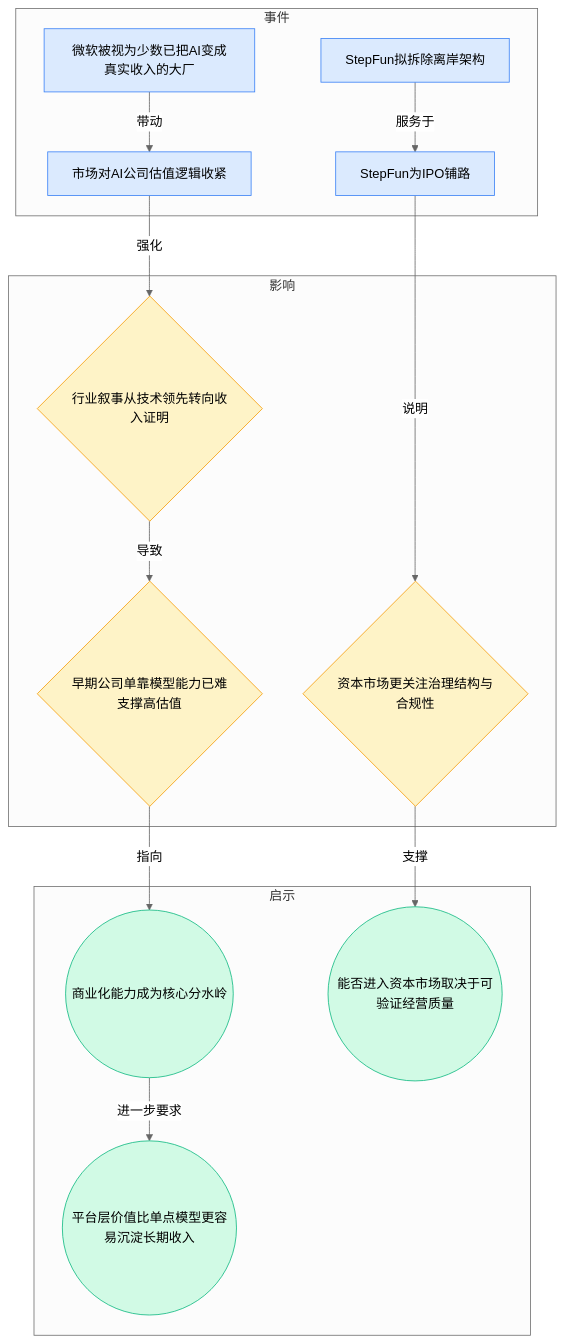
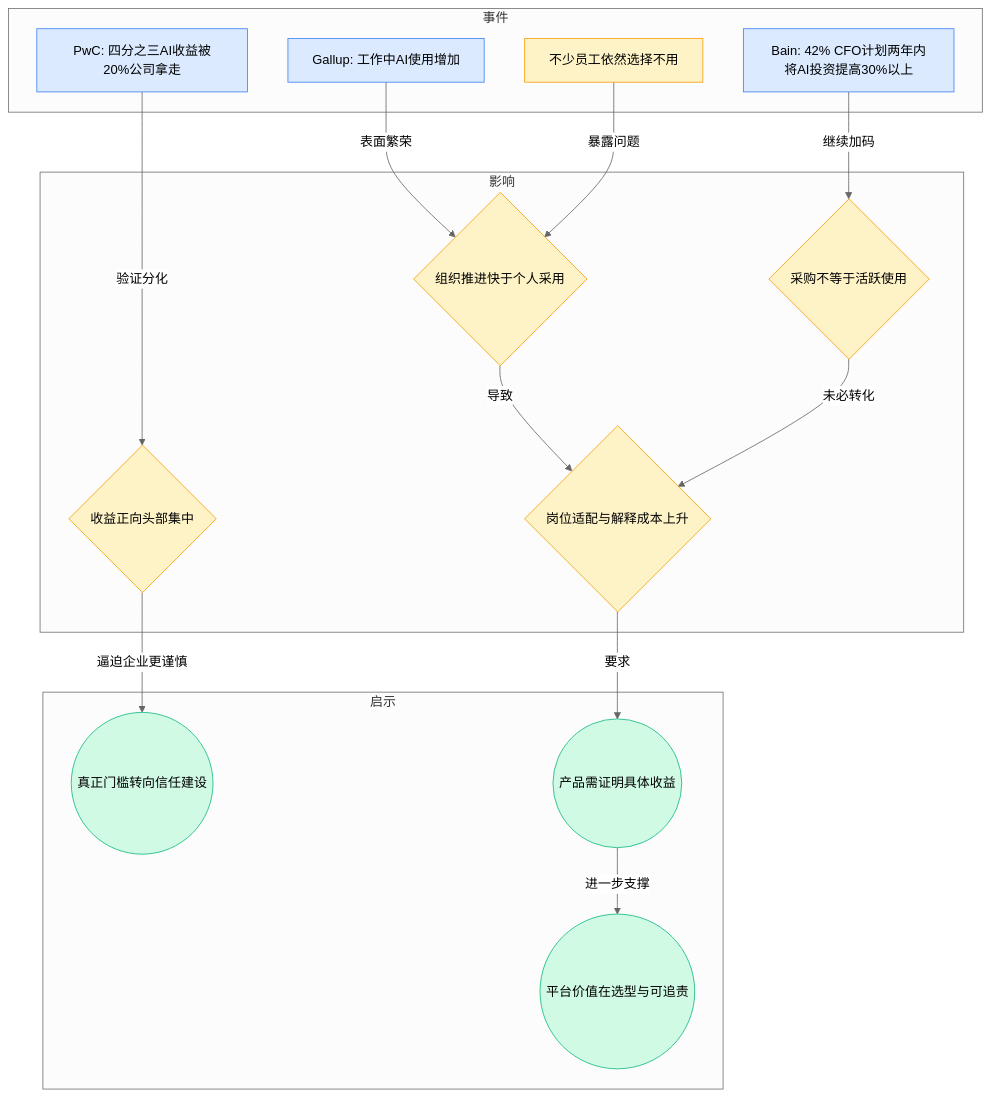
The second of 8 diagrams in content/cn/blog/weekly/2026-W16.md (ylzsdafei/ai-daily-site), drawn with Mermaid (neutral theme) before and after one commit. The commit also changed other lines of this file and 1 other file, not shown here.

Commit message:
feat: 宏观趋势加详细图谱折叠

````diff
--- a/content/cn/blog/weekly/2026-W16.md
+++ b/content/cn/blog/weekly/2026-W16.md
@@ -36,33 +34,35 @@
 ```mermaid
 graph TD
 subgraph 事件
-A[微软被视为少数已把AI变成真实收入的大厂]
-B[市场对AI公司估值逻辑收紧]
-C[StepFun拟拆除离岸架构]
-D[StepFun为IPO铺路]
+E1[Gallup: 工作中AI使用增加]
+E2[不少员工依然选择不用]
+E3[Bain: 42% CFO计划两年内将AI投资提高30%以上]
+E4[PwC: 四分之三AI收益被20%公司拿走]
 end
 subgraph 影响
-E{行业叙事从技术领先转向收入证明}
-F{资本市场更关注治理结构与合规性}
-G{早期公司单靠模型能力已难支撑高估值}
+I1{组织推进快于个人采用}
+I2{采购不等于活跃使用}
+I3{收益正向头部集中}
+I4{岗位适配与解释成本上升}
 end
 subgraph 启示
-H((商业化能力成为核心分水岭))
-I((能否进入资本市场取决于可验证经营质量))
-J((平台层价值比单点模型更容易沉淀长期收入))
+T1((真正门槛转向信任建设))
+T2((产品需证明具体收益))
+T3((平台价值在选型与可追责))
 end
-A -->|带动| B
-B -->|强化| E
-C -->|服务于| D
-D -->|说明| F
-E -->|导致| G
-G -->|指向| H
-F -->|支撑| I
-H -->|进一步要求| J
+E1 -->|表面繁荣| I1
+E2 -->|暴露问题| I1
+E3 -->|继续加码| I2
+E4 -->|验证分化| I3
+I1 -->|导致| I4
+I2 -->|未必转化| I4
+I3 -->|逼迫企业更谨慎| T1
+I4 -->|要求| T2
+T2 -->|进一步支撑| T3
 classDef blue fill:#dbeafe,stroke:#3b82f6
 classDef yellow fill:#fef3c7,stroke:#f59e0b
 classDef green fill:#d1fae5,stroke:#10b981
-class A,B,C,D blue
-class E,F,G yellow
-class H,I,J green
+class E1,E3,E4 blue
+class E2,I1,I2,I3,I4 yellow
+class T1,T2,T3 green
 ```
````
